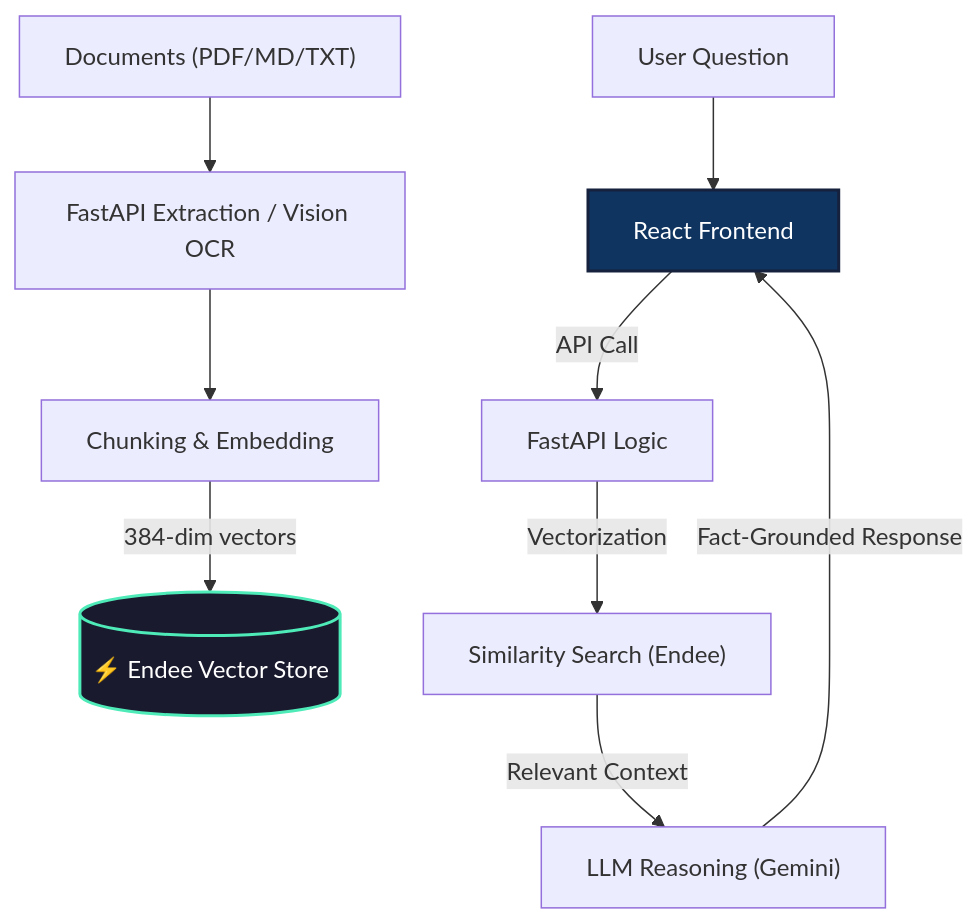
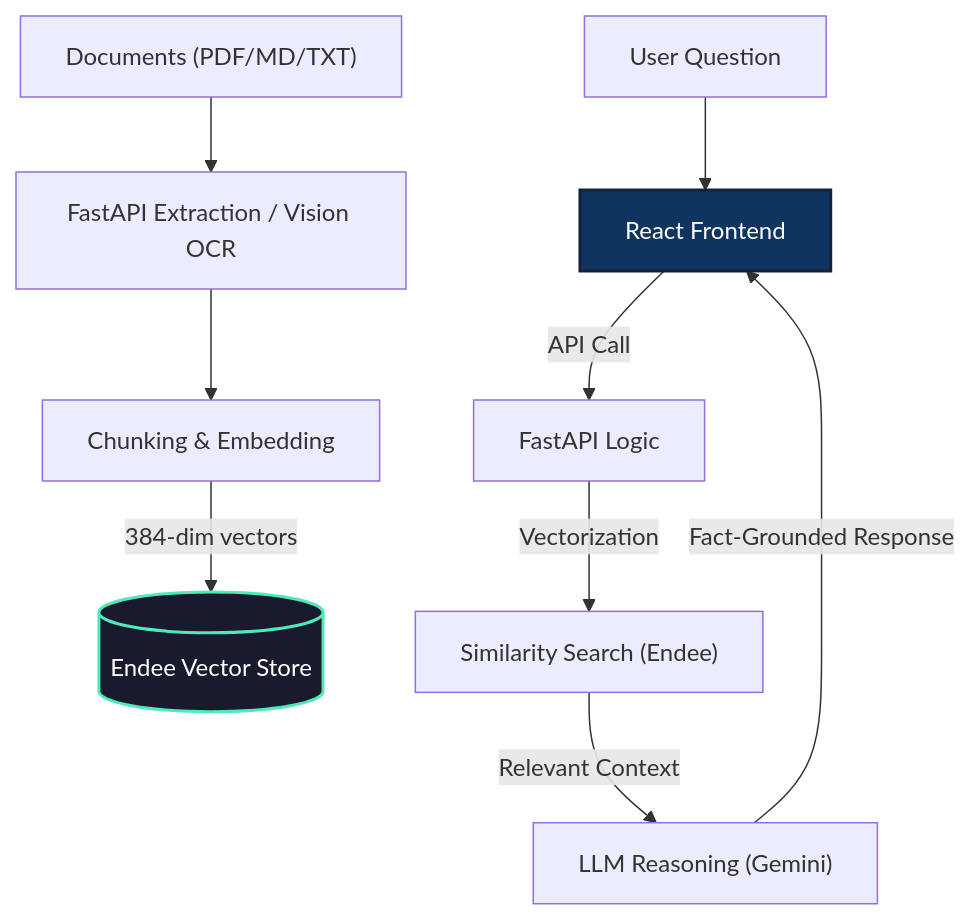
The diagram in README.md (Vikash9546/CuratorAI), drawn with Mermaid before and after one commit. The commit also changed other lines of this file, not shown here.

Commit message:
Fix formatting and remove emoji from README

````diff
--- a/README.md
+++ b/README.md
@@ -42,15 +42,15 @@
 ```mermaid
 graph TD
     A["Documents (PDF/MD/TXT)"] --> B["FastAPI Extraction / Vision OCR"]
     B --> C["Chunking & Embedding"]
-    C -->|384-dim vectors| E[("⚡ Endee Vector Store")]
+    C -->|384-dim vectors| E[("Endee Vector Store")]
     
     F["User Question"] --> G["React Frontend"]
     G -->|API Call| H["FastAPI Logic"]
     H -->|Vectorization| I["Similarity Search (Endee)"]
     I -->|"Relevant Context"| J["LLM Reasoning (Gemini)"]
     J -->|"Fact-Grounded Response"| G
 
     style E fill:#1a1a2e,stroke:#4eeab8,stroke-width:2px,color:#fff
     style G fill:#0f3460,stroke:#16213e,stroke-width:2px,color:#fff
 ```
````
